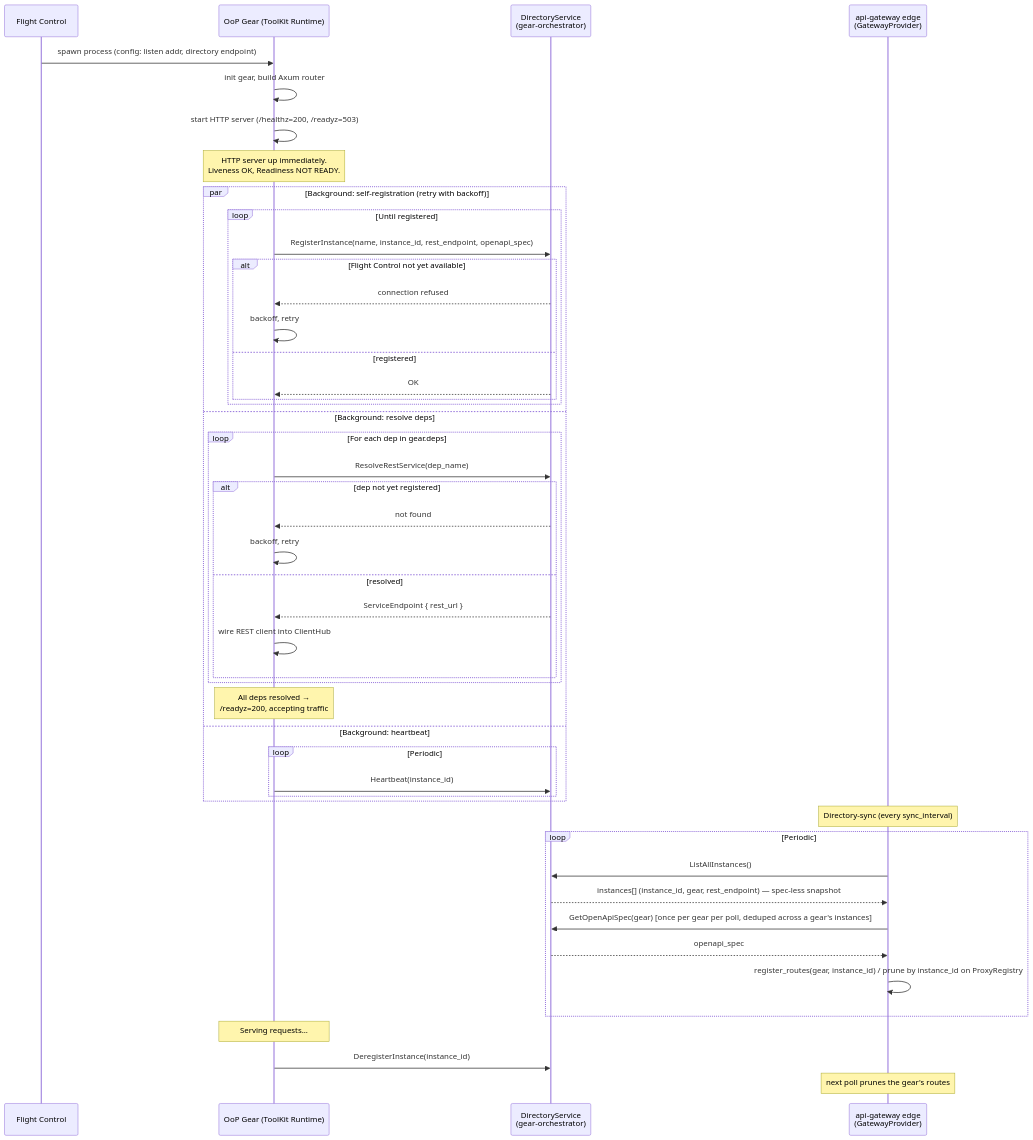
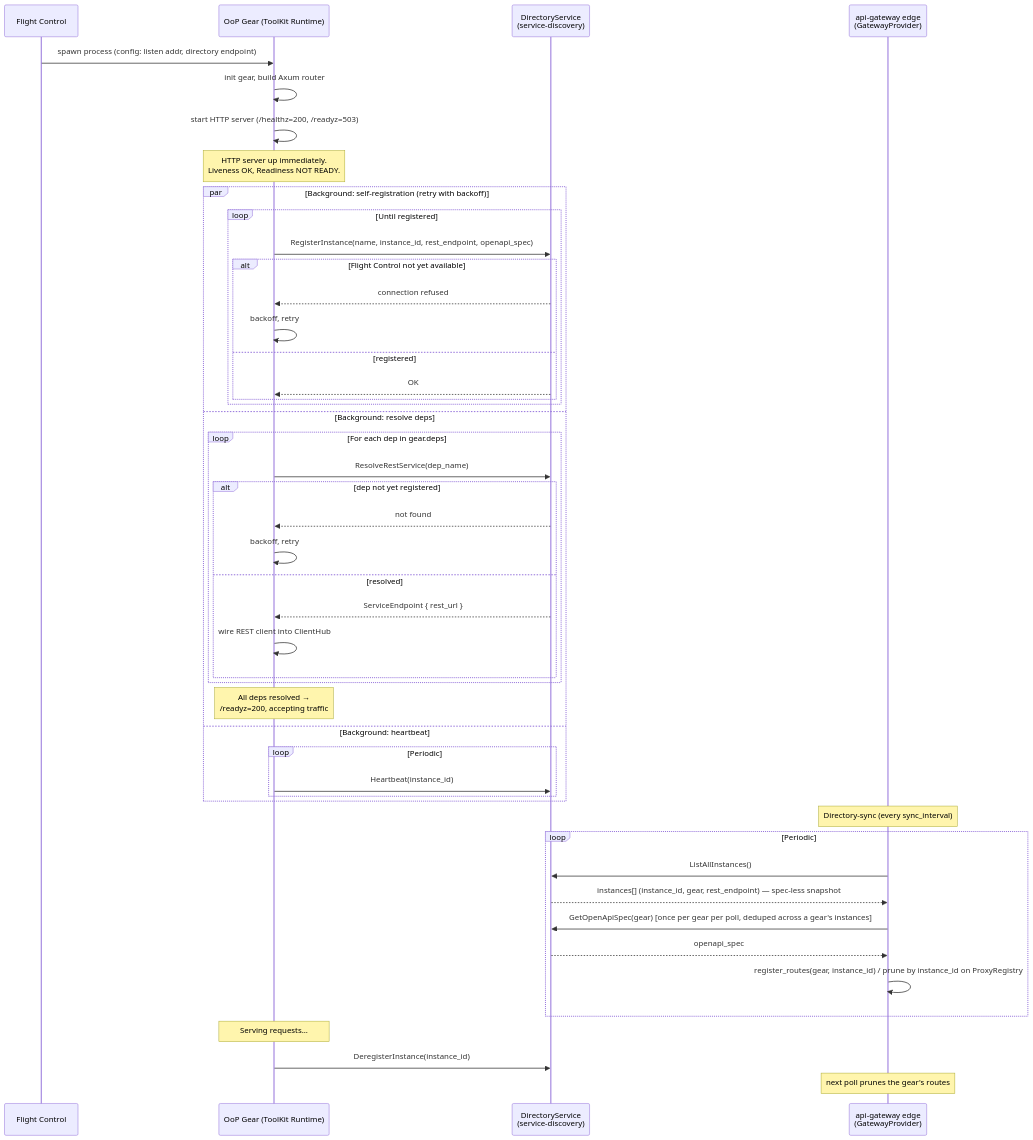
One commit to AndIConstructor/gears-rust changed the third of 8 diagrams in docs/arch/toolkit-oop/DESIGN.md. Above: the diagram before and after it, drawn with Mermaid. The commit also changed other lines of this file and 55 other files, not shown here.

Commit message:
refactor(service-discovery)!: rename gear-orchestrator to service-discovery

````diff
--- a/docs/arch/toolkit-oop/DESIGN.md
+++ b/docs/arch/toolkit-oop/DESIGN.md
@@ -1176,53 +1174,53 @@
 ```mermaid
 sequenceDiagram
     participant Host as Flight Control
     participant Worker as OoP Gear (ToolKit Runtime)
-    participant Dir as DirectoryService<br/>(gear-orchestrator)
+    participant Dir as DirectoryService<br/>(service-discovery)
     participant Edge as api-gateway edge<br/>(GatewayProvider)
 
     Host->>Worker: spawn process (config: listen addr, directory endpoint)
     Worker->>Worker: init gear, build Axum router
     Worker->>Worker: start HTTP server (/healthz=200, /readyz=503)
     Note over Worker: HTTP server up immediately.<br/>Liveness OK, Readiness NOT READY.
 
     par Background: self-registration (retry with backoff)
         loop Until registered
             Worker->>Dir: RegisterInstance(name, instance_id, rest_endpoint, openapi_spec)
             alt Flight Control not yet available
                 Dir-->>Worker: connection refused
                 Worker->>Worker: backoff, retry
             else registered
                 Dir-->>Worker: OK
             end
         end
     and Background: resolve deps
         loop For each dep in gear.deps
             Worker->>Dir: ResolveRestService(dep_name)
             alt dep not yet registered
                 Dir-->>Worker: not found
                 Worker->>Worker: backoff, retry
             else resolved
                 Dir-->>Worker: ServiceEndpoint { rest_url }
                 Worker->>Worker: wire REST client into ClientHub
             end
         end
         Note over Worker: All deps resolved →<br/>/readyz=200, accepting traffic
     and Background: heartbeat
         loop Periodic
             Worker->>Dir: Heartbeat(instance_id)
         end
     end
 
     Note over Edge: Directory-sync (every sync_interval)
     loop Periodic
         Edge->>Dir: ListAllInstances()
         Dir-->>Edge: instances[] (instance_id, gear, rest_endpoint) — spec-less snapshot
         Edge->>Dir: GetOpenApiSpec(gear) [once per gear per poll, deduped across a gear's instances]
         Dir-->>Edge: openapi_spec
         Edge->>Edge: register_routes(gear, instance_id) / prune by instance_id on ProxyRegistry
     end
 
     Note over Worker: Serving requests...
     Worker->>Dir: DeregisterInstance(instance_id)
     Note over Edge: next poll prunes the gear's routes
 ```
````
